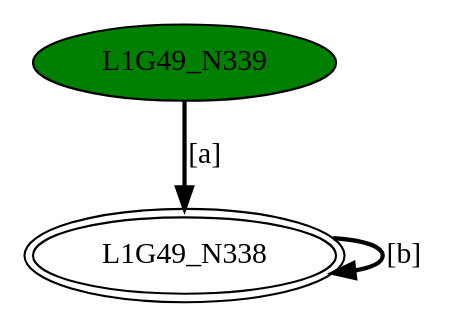
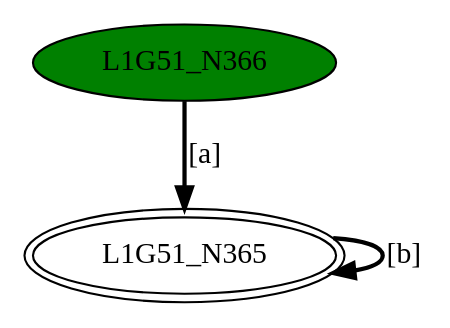
Before and after one commit to GDimitroulakos/EDUFLEX: the diagram in DFASimulator/Testbench/minimizedDFA1.dot, drawn with Graphviz. The commit also changed 52 other files, not shown here.

Commit message:
Identify loops in the thompson algorithm generated NFA and expose it via coloring in the graphviz NFA graph

```diff
--- a/DFASimulator/Testbench/minimizedDFA1.dot
+++ b/DFASimulator/Testbench/minimizedDFA1.dot
@@ -1,6 +1,6 @@
-digraph G49{
-"L1G49_N338" [peripheries=2];
-"L1G49_N339" [style=filled,fillcolor=green];
-"L1G49_N338"->"L1G49_N338" [style = bold, label = "[b]"];
-"L1G49_N339"->"L1G49_N338" [style = bold, label = "[a]"];
+digraph G51{
+"L1G51_N365" [peripheries=2];
+"L1G51_N366" [style=filled,fillcolor=green];
+"L1G51_N365"->"L1G51_N365" [style = bold, label = "[b]"];
+"L1G51_N366"->"L1G51_N365" [style = bold, label = "[a]"];
 }
```
